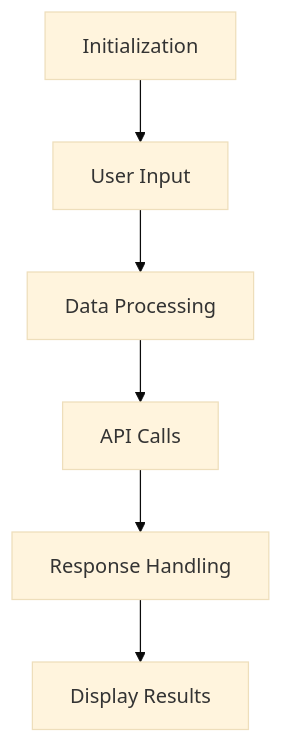
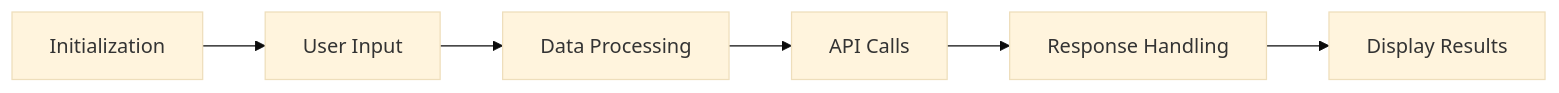
The diagram in docs/app-overview.md (dneimke/weather-wizard), drawn with Mermaid (base theme) before and after one commit. The commit also changed other lines of this file and 1 other file, not shown here.

Commit message:
Refactor application overview documentation; remove code overview section and adjust visual representation

````diff
--- a/docs/app-overview.md
+++ b/docs/app-overview.md
@@ -15,8 +6,8 @@
 ```mermaid
-graph TD;
+graph LR;
     A[Initialization] --> B[User Input]
     B --> C[Data Processing]
     C --> D[API Calls]
     D --> E[Response Handling]
     E --> F[Display Results]
 ```
````
